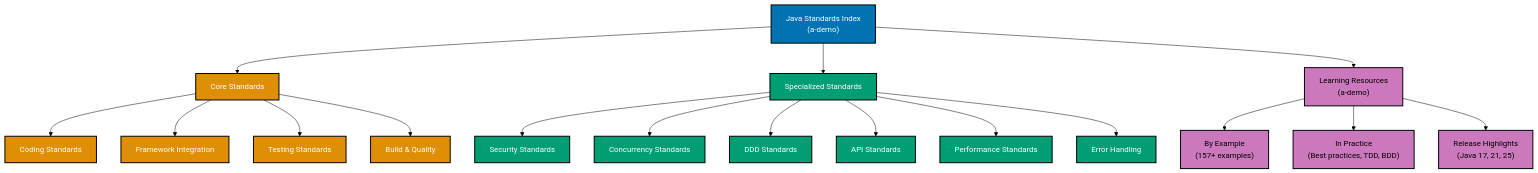
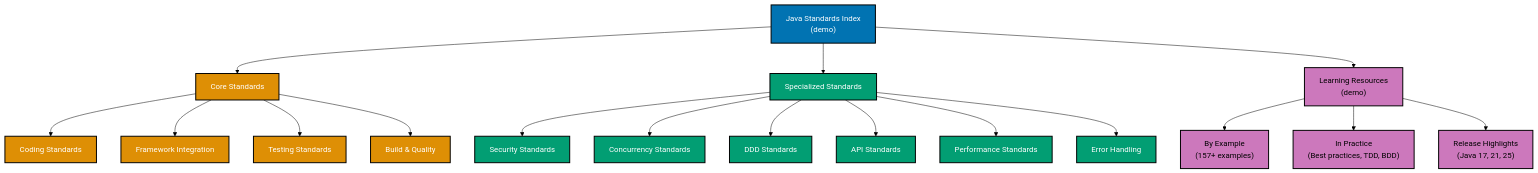
The diagram in docs/explanation/software-engineering/programming-languages/java/README.md (wahidyankf/ose-primer), drawn with Mermaid (forest theme) before and after one commit. The commit also changed other lines of this file and 3064 other files, not shown here.

````diff
--- a/docs/explanation/software-engineering/programming-languages/java/README.md
+++ b/docs/explanation/software-engineering/programming-languages/java/README.md
@@ -148,35 +148,35 @@
 ```mermaid
 %% Color Palette: Blue #0173B2, Orange #DE8F05, Teal #029E73, Purple #CC78BC
 %% All colors are color-blind friendly and meet WCAG AA contrast standards
 
 graph TD
-    A["Java Standards Index<br/>(a-demo)"]:::blue
+    A["Java Standards Index<br/>(demo)"]:::blue
     B["Core Standards"]:::orange
     C["Specialized Standards"]:::teal
-    D["Learning Resources<br/>(a-demo)"]:::purple
+    D["Learning Resources<br/>(demo)"]:::purple
 
     A --> B
     A --> C
     A --> D
 
     B --> E["Coding Standards"]:::orange
     B --> F["Framework Integration"]:::orange
     B --> G["Testing Standards"]:::orange
     B --> H["Build & Quality"]:::orange
 
     C --> I["Security Standards"]:::teal
     C --> J["Concurrency Standards"]:::teal
     C --> K["DDD Standards"]:::teal
     C --> L["API Standards"]:::teal
     C --> M["Performance Standards"]:::teal
     C --> N["Error Handling"]:::teal
 
     D --> O["By Example<br/>(157+ examples)"]:::purple
     D --> P["In Practice<br/>(Best practices, TDD, BDD)"]:::purple
     D --> Q["Release Highlights<br/>(Java 17, 21, 25)"]:::purple
 
     classDef blue fill:#0173B2,stroke:#000000,color:#FFFFFF,stroke-width:2px
     classDef orange fill:#DE8F05,stroke:#000000,color:#FFFFFF,stroke-width:2px
     classDef teal fill:#029E73,stroke:#000000,color:#FFFFFF,stroke-width:2px
     classDef purple fill:#CC78BC,stroke:#000000,color:#000000,stroke-width:2px
 ```
````
